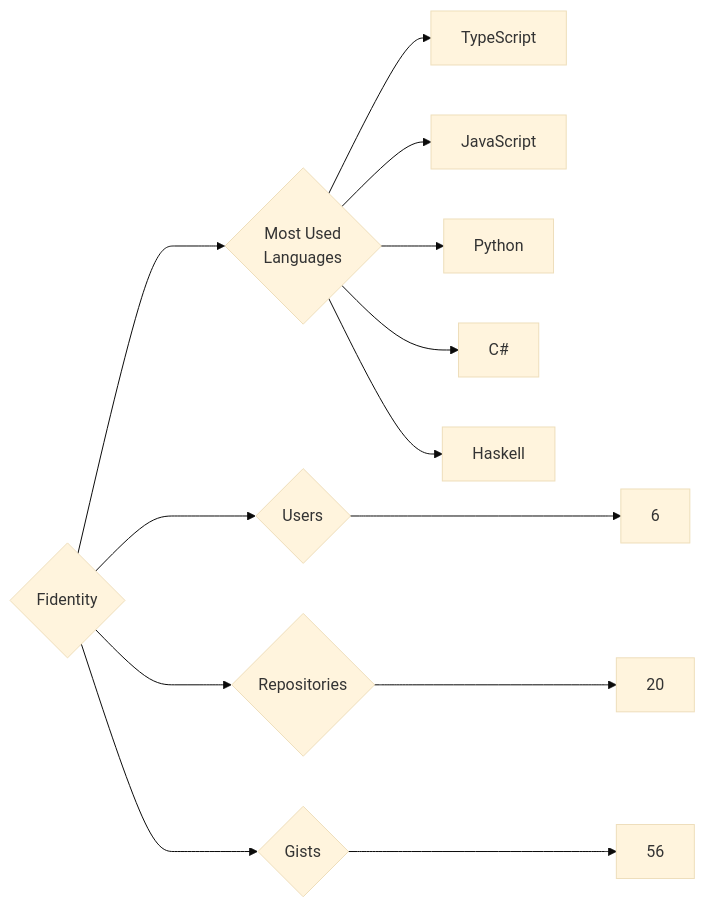
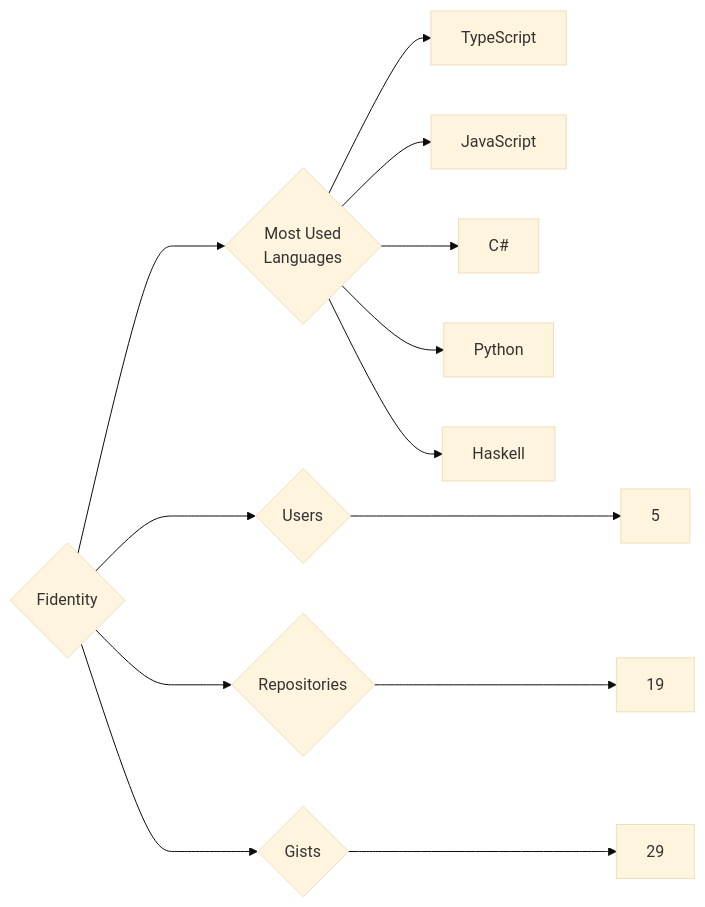
One commit to trickest/insiders changed the diagram in targets/Fidentity/README.md. Above: the diagram before and after it, drawn with Mermaid (base theme). The commit also changed 1030 other files, not shown here.

````diff
--- a/targets/Fidentity/README.md
+++ b/targets/Fidentity/README.md
@@ -3,13 +3,13 @@
 ```mermaid
 graph LR
 COMPANY_NAME{Fidentity}
-COMPANY_NAME ---> U{Users} ---> UN[6]
-COMPANY_NAME ---> R{Repositories} ---> RN[20]
-COMPANY_NAME ---> G{Gists} ---> GN[56]
+COMPANY_NAME ---> U{Users} ---> UN[5]
+COMPANY_NAME ---> R{Repositories} ---> RN[19]
+COMPANY_NAME ---> G{Gists} ---> GN[29]
 COMPANY_NAME ---> ML{Most Used<br>Languages}
 ML --> TypeScript[TypeScript]
 ML --> JavaScript[JavaScript]
+ML --> C#[C#]
 ML --> Python[Python]
-ML --> C#[C#]
 ML --> Haskell[Haskell]
 ```
````
